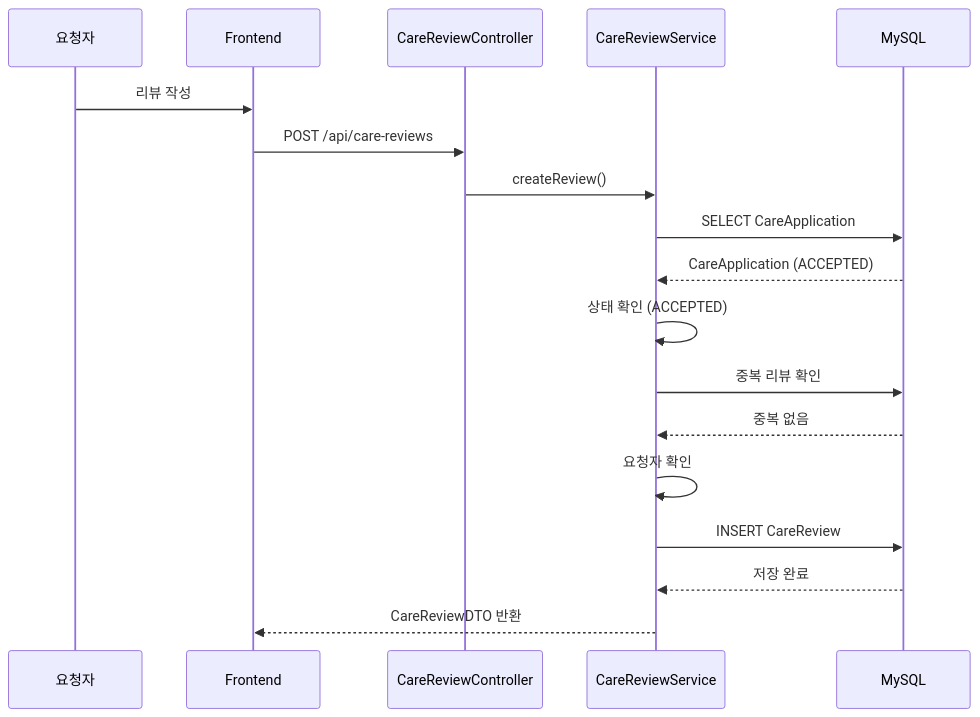
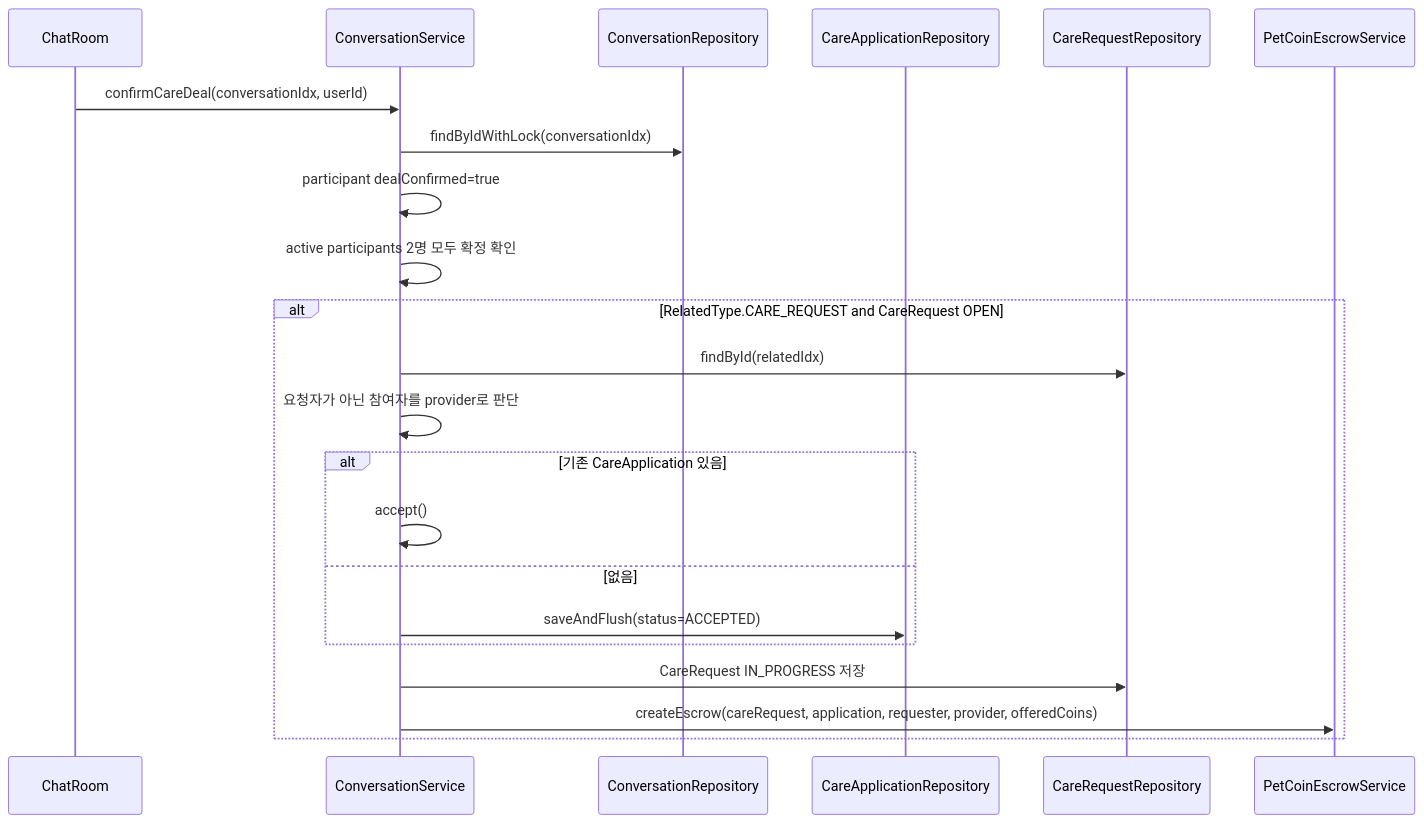
One commit to makkong1/Petory changed the fourth of 6 diagrams in docs/architecture/care/펫 케어 & 매칭 아키텍처.md. Above: the diagram before and after it, drawn with Mermaid. The commit also changed other lines of this file and 44 other files, not shown here.

````diff
--- a/docs/architecture/care/펫 케어 & 매칭 아키텍처.md
+++ b/docs/architecture/care/펫 케어 & 매칭 아키텍처.md
@@ -469,25 +203,25 @@
 ```mermaid
 sequenceDiagram
-    participant Requester as 요청자
-    participant Frontend
-    participant CareReviewController
-    participant CareReviewService
-    participant MySQL
-    
-    Requester->>Frontend: 리뷰 작성
-    Frontend->>CareReviewController: POST /api/care-reviews
-    CareReviewController->>CareReviewService: createReview()
-    
-    CareReviewService->>MySQL: SELECT CareApplication
-    MySQL-->>CareReviewService: CareApplication (ACCEPTED)
-    
-    CareReviewService->>CareReviewService: 상태 확인 (ACCEPTED)
-    CareReviewService->>MySQL: 중복 리뷰 확인
-    MySQL-->>CareReviewService: 중복 없음
-    
-    CareReviewService->>CareReviewService: 요청자 확인
-    CareReviewService->>MySQL: INSERT CareReview
-    MySQL-->>CareReviewService: 저장 완료
-    
-    CareReviewService-->>Frontend: CareReviewDTO 반환
+    participant FE as ChatRoom
+    participant Chat as ConversationService
+    participant ConvRepo as ConversationRepository
+    participant AppRepo as CareApplicationRepository
+    participant CareRepo as CareRequestRepository
+    participant Pay as PetCoinEscrowService
+
+    FE->>Chat: confirmCareDeal(conversationIdx, userId)
+    Chat->>ConvRepo: findByIdWithLock(conversationIdx)
+    Chat->>Chat: participant dealConfirmed=true
+    Chat->>Chat: active participants 2명 모두 확정 확인
+    alt RelatedType.CARE_REQUEST and CareRequest OPEN
+        Chat->>CareRepo: findById(relatedIdx)
+        Chat->>Chat: 요청자가 아닌 참여자를 provider로 판단
+        alt 기존 CareApplication 있음
+            Chat->>Chat: accept()
+        else 없음
+            Chat->>AppRepo: saveAndFlush(status=ACCEPTED)
+        end
+        Chat->>CareRepo: CareRequest IN_PROGRESS 저장
+        Chat->>Pay: createEscrow(careRequest, application, requester, provider, offeredCoins)
+    end
 ```
````
